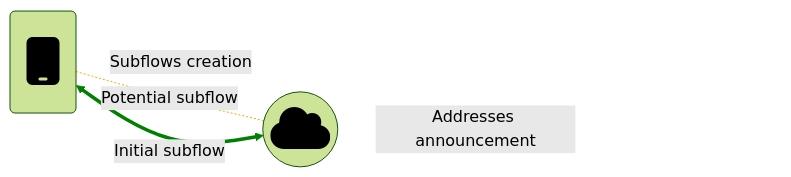
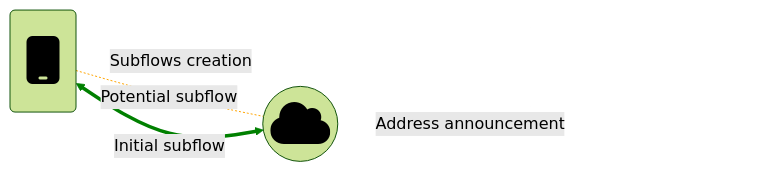
One commit to multipath-tcp/mptcp.dev changed the diagram in pm.md. Above: the diagram before and after it, drawn with Mermaid (forest theme).

Commit message:
pm: fix typo in graph

````diff
--- a/pm.md
+++ b/pm.md
@@ -14,13 +14,13 @@
 ```mermaid
 graph LR;
     C_1(<div style="display: inline-block; min-width: 35px"><font size="7">fa:fa-mobile</font></div>)
     S_1((<div style="display: inline-block; min-width: 60px"><font size="7">fa:fa-cloud</font></div>))
 
     C_1 -. "Potential subflow" -.- S_1
     C_1 <== "Initial subflow" ==> S_1
     C_1 ~~~|"Subflows creation"| C_1
-    S_1 ~~~|"Addresses announcement"| S_1
+    S_1 ~~~|"Address announcement"| S_1
 
     linkStyle 0 stroke:orange;
     linkStyle 1 stroke:green;
 ```
````
